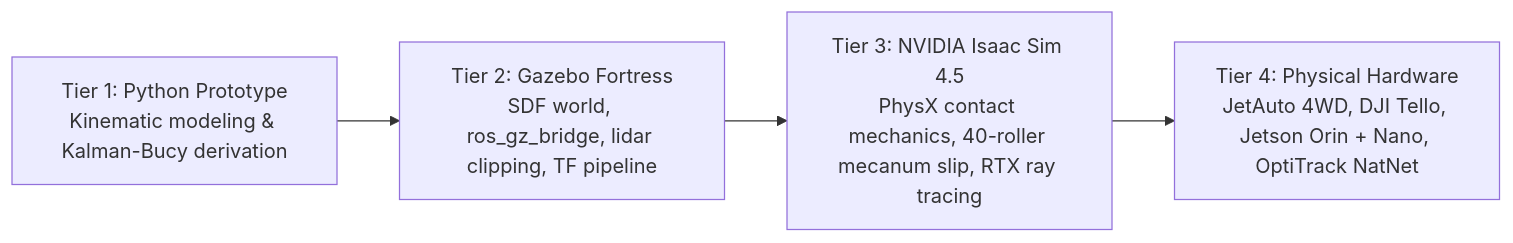
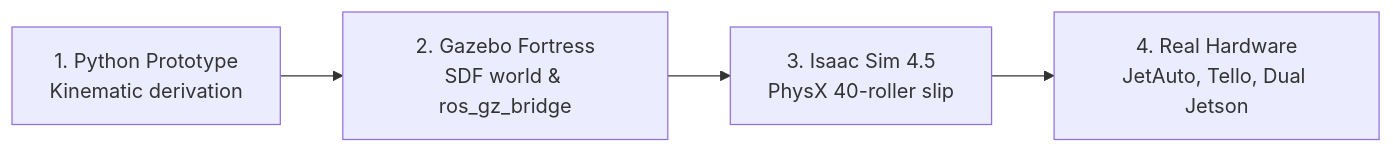
The fifth of 5 diagrams in README.md (opyntorr/port_bot_sim_ws), drawn with Mermaid before and after one commit. The commit also changed other lines of this file, not shown here.

Commit message:
docs: simplify and streamline mermaid architecture diagrams

````diff
--- a/README.md
+++ b/README.md
@@ -285,6 +238,6 @@
 ```mermaid
 flowchart LR
-    T1["Tier 1: Python Prototype\nKinematic modeling & Kalman-Bucy derivation"] --> T2["Tier 2: Gazebo Fortress\nSDF world, ros_gz_bridge, lidar clipping, TF pipeline"]
-    T2 --> T3["Tier 3: NVIDIA Isaac Sim 4.5\nPhysX contact mechanics, 40-roller mecanum slip, RTX ray tracing"]
-    T3 --> T4["Tier 4: Physical Hardware\nJetAuto 4WD, DJI Tello, Jetson Orin + Nano, OptiTrack NatNet"]
+    T1["1. Python Prototype\nKinematic derivation"] --> T2["2. Gazebo Fortress\nSDF world & ros_gz_bridge"]
+    T2 --> T3["3. Isaac Sim 4.5\nPhysX 40-roller slip"]
+    T3 --> T4["4. Real Hardware\nJetAuto, Tello, Dual Jetson"]
 ```
````
